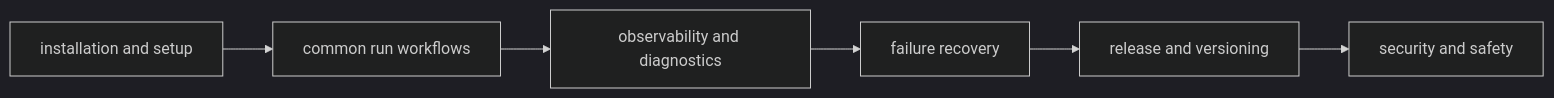
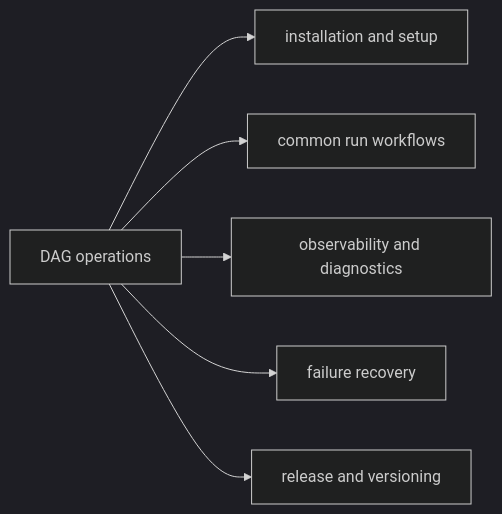
Before and after one commit to bijux/bijux-cli: the diagram in docs/bijux-dag/operations/index.md, drawn with Mermaid (dark theme). The commit also changed other lines of this file, not shown here.

Commit message:
docs(dag-operations): simplify the graph operations entry

````diff
--- a/docs/bijux-dag/operations/index.md
+++ b/docs/bijux-dag/operations/index.md
@@ -17,8 +17,8 @@
 ```mermaid
 flowchart LR
-    setup[installation and setup] --> run[common run workflows]
-    run --> observe[observability and diagnostics]
-    observe --> recover[failure recovery]
-    recover --> release[release and versioning]
-    release --> safety[security and safety]
+    operations["DAG operations"] --> setup["installation and setup"]
+    operations --> run["common run workflows"]
+    operations --> observe["observability and diagnostics"]
+    operations --> recover["failure recovery"]
+    operations --> release["release and versioning"]
 ```
````
